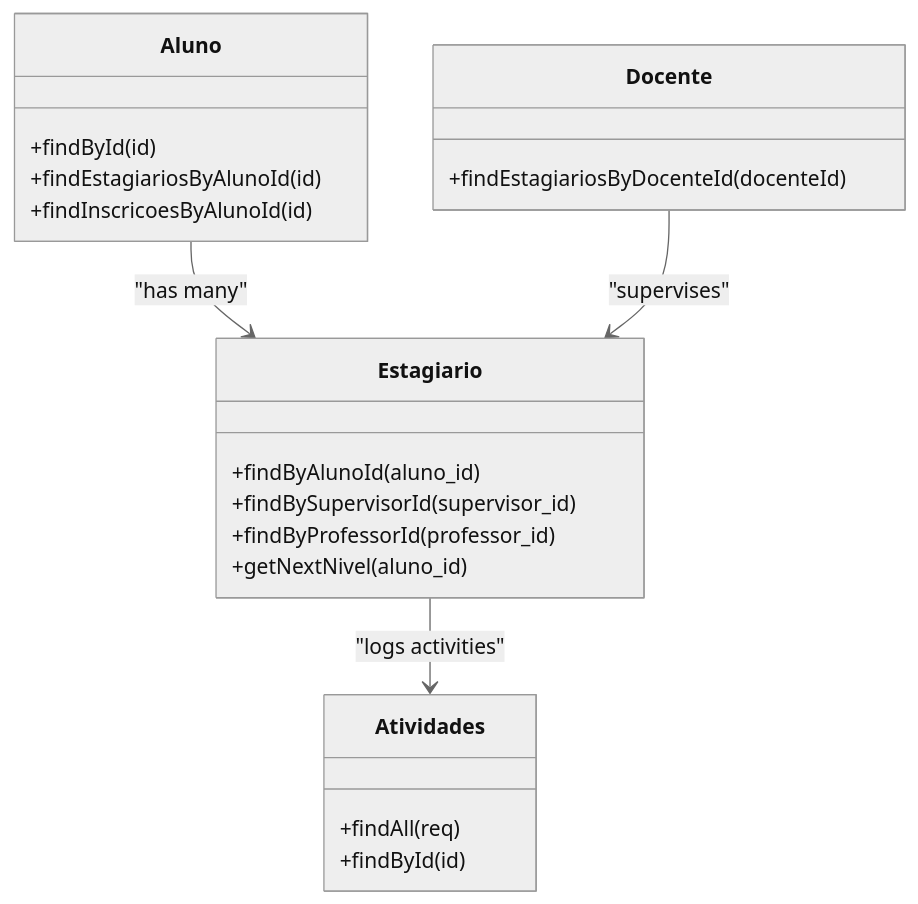
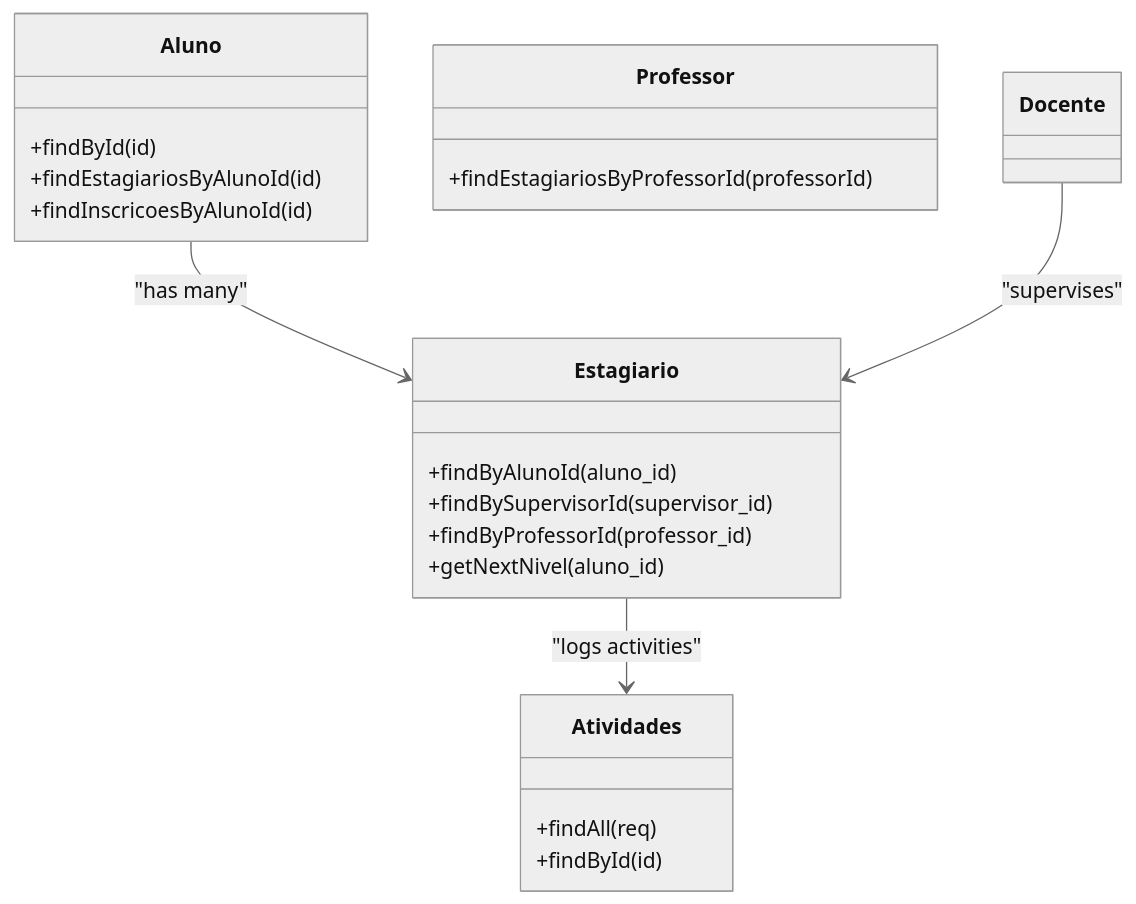
Before and after one commit to luiseduacosta/nodemural: the seventh of 8 diagrams in .qoder/repowiki/en/content/Core Features Implementation/Class Management.md, drawn with Mermaid (neutral theme). The commit also changed other lines of this file and 25 other files, not shown here.

````diff
--- a/.qoder/repowiki/en/content/Core Features Implementation/Class Management.md
+++ b/.qoder/repowiki/en/content/Core Features Implementation/Class Management.md
@@ -325,24 +325,24 @@
 ```mermaid
 classDiagram
 class Aluno {
 +findById(id)
 +findEstagiariosByAlunoId(id)
 +findInscricoesByAlunoId(id)
 }
 class Estagiario {
 +findByAlunoId(aluno_id)
 +findBySupervisorId(supervisor_id)
 +findByProfessorId(professor_id)
 +getNextNivel(aluno_id)
 }
-class Docente {
-+findEstagiariosByDocenteId(docenteId)
+class Professor {
++findEstagiariosByProfessorId(professorId)
 }
 class Atividades {
 +findAll(req)
 +findById(id)
 }
 Aluno --> Estagiario : "has many"
 Docente --> Estagiario : "supervises"
 Estagiario --> Atividades : "logs activities"
 ```
````
